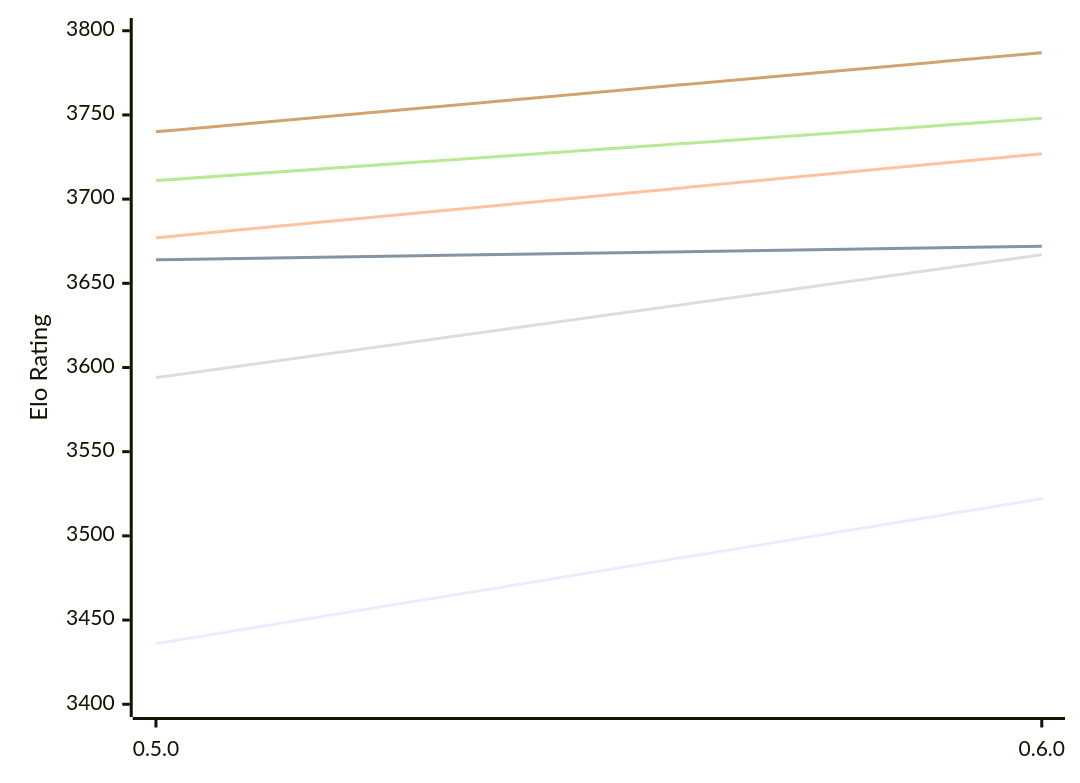
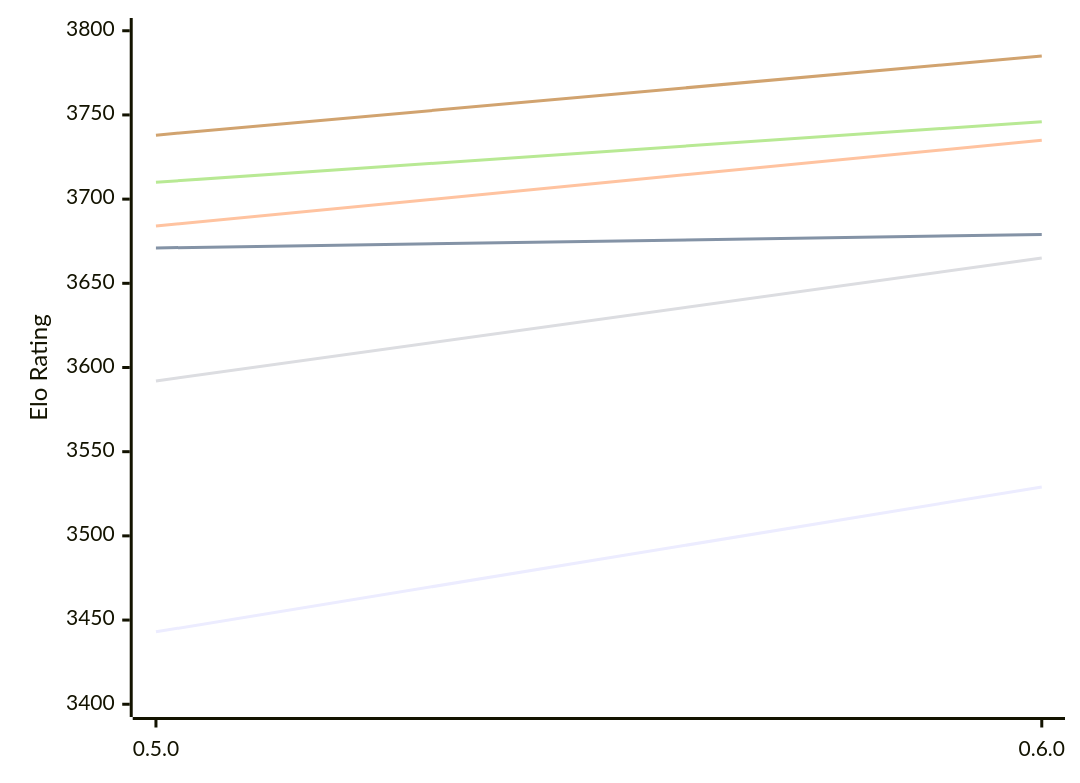
The diagram in engines/Incipit.md (computer-chess-index/cci), drawn with Mermaid before and after one commit. The commit also changed other lines of this file, not shown here.

Commit message:
Update CCI Ratings (ELO VLTC) - 2026-11-10

````diff
--- a/engines/Incipit.md
+++ b/engines/Incipit.md
@@ -49,12 +49,12 @@
 ```mermaid
 %%{init: {"theme":"base","themeVariables":{"seriesColors:['#a3a3a3','#222221','#faa371']}}}%%
 xychart-beta
   x-axis ["0.5.0", "0.6.0"]
   y-axis "Elo Rating" 3400 --> 3800
-  line "E1: STC (8.0+0.08s)" [3436, 3522]
-  line "E1: LTC (60.0+0.60s)" [3664, 3672]
-  line "E1: VLTC (2m24s+1.12s)" [3677, 3727]
-  line "P1: STC (8.0+0.08s)" [3594, 3667]
-  line "P1: LTC (60.0+0.60s)" [3711, 3748]
-  line "P1: VLTC (2m24s+1.12s)" [3740, 3787]
+  line "E1: STC (8.0+0.08s)" [3443, 3529]
+  line "E1: LTC (60.0+0.60s)" [3671, 3679]
+  line "E1: VLTC (2m24s+1.12s)" [3684, 3735]
+  line "P1: STC (8.0+0.08s)" [3592, 3665]
+  line "P1: LTC (60.0+0.60s)" [3710, 3746]
+  line "P1: VLTC (2m24s+1.12s)" [3738, 3785]
 ```
````
